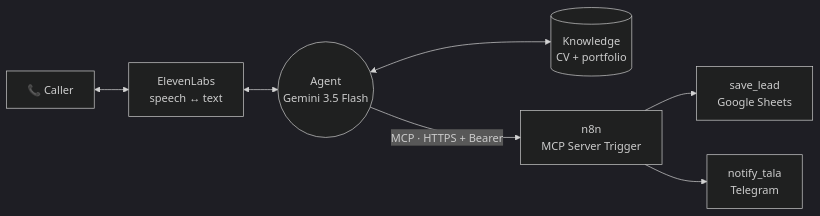
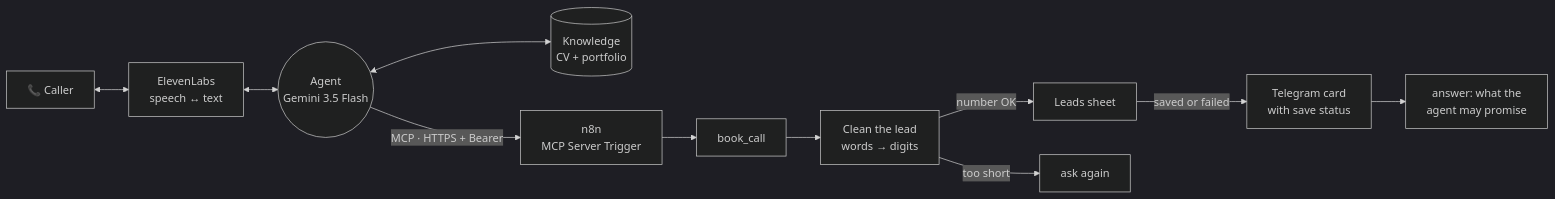
The diagram in README.md (Sfditala/ai-voice-call-agent), drawn with Mermaid (dark theme) before and after one commit. The commit also changed other lines of this file and 9 other files, not shown here.

First line of the commit message:
v2: one book_call tool that never loses a lead

````diff
--- a/README.md
+++ b/README.md
@@ -27,9 +31,13 @@
 ```mermaid
 flowchart LR
     C["📞 Caller"] <--> V["ElevenLabs<br/>speech ↔ text"]
     V <--> A(("Agent<br/>Gemini 3.5 Flash"))
     A <--> K[("Knowledge<br/>CV + portfolio")]
     A -- "MCP · HTTPS + Bearer" --> T["n8n<br/>MCP Server Trigger"]
-    T --> S["save_lead<br/>Google Sheets"]
-    T --> N["notify_tala<br/>Telegram"]
+    T --> B["book_call"]
+    B --> CL["Clean the lead<br/>words → digits"]
+    CL -->|"number OK"| S["Leads sheet"]
+    CL -->|"too short"| R["ask again"]
+    S -->|"saved or failed"| N["Telegram card<br/>with save status"]
+    N --> ANS["answer: what the<br/>agent may promise"]
 ```
````
